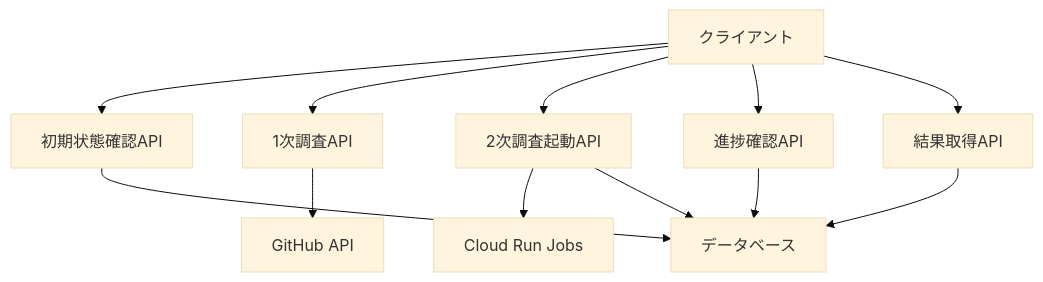
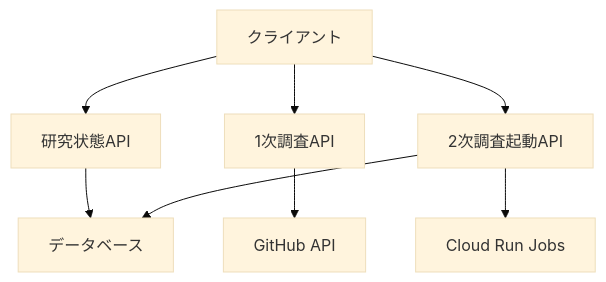
One commit to ToyB0x/git-resume changed the first of 2 diagrams in docs/epic/4.api/ARCHITECTURE.md. Above: the diagram before and after it, drawn with Mermaid (base theme). The commit also changed other lines of this file and 2 other files, not shown here.

````diff
--- a/docs/epic/4.api/ARCHITECTURE.md
+++ b/docs/epic/4.api/ARCHITECTURE.md
@@ -28,15 +28,11 @@
 ```mermaid
 graph TD
-    A[クライアント] --> B[初期状態確認API]
+    A[クライアント] --> B[研究状態API]
     A --> C[1次調査API]
     A --> D[2次調査起動API]
-    A --> E[進捗確認API]
-    A --> F[結果取得API]
     
     B --> G[データベース]
     C --> H[GitHub API]
     D --> I[Cloud Run Jobs]
     D --> G
-    E --> G
-    F --> G
 ```
````
